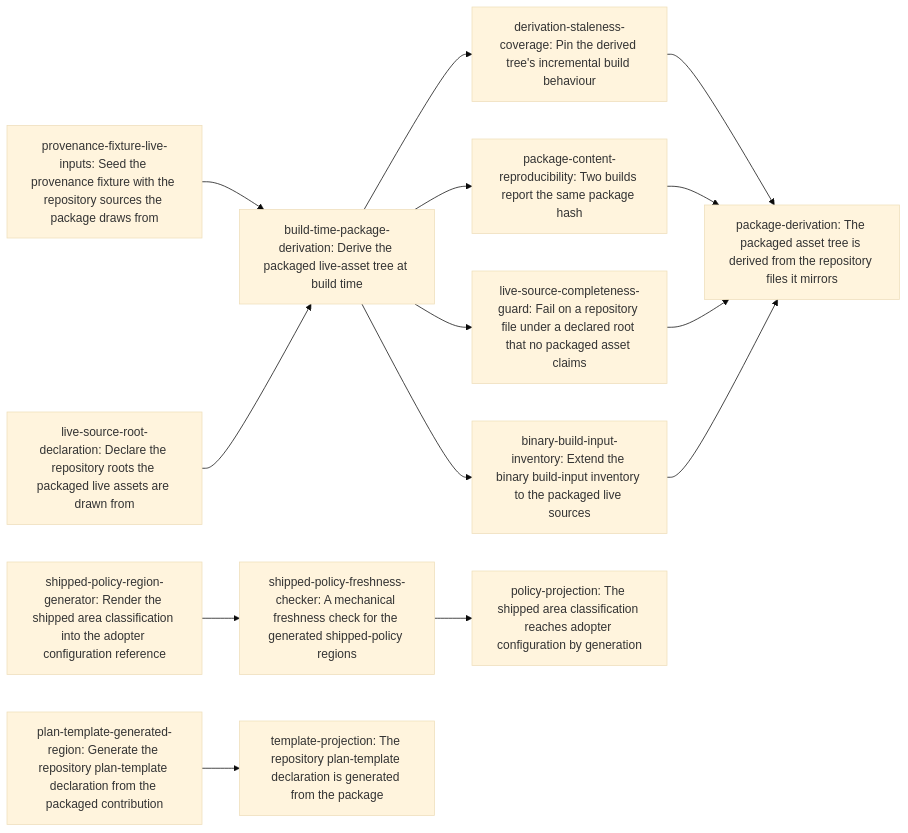
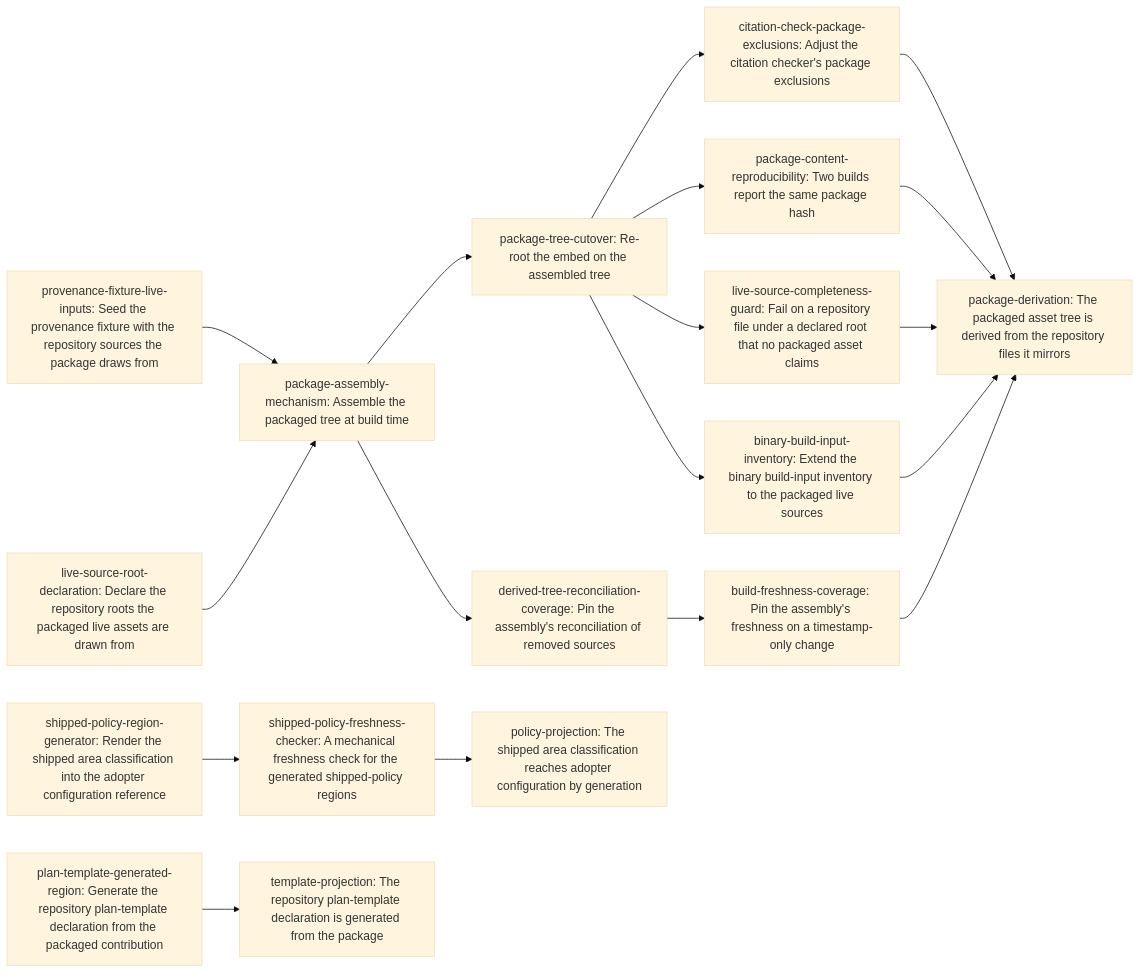
Before and after one commit to erankavija/just-in-time: the diagram in dev/active/e204e63d-derived-package-sources/plan.md, drawn with Mermaid (base theme). The commit also changed other lines of this file and 1 other file, not shown here.

First paragraph of the commit message:
docs: split two oversized leaves per plan-review jit:e204e63d
The plan-review gate rejected two finest-tier entries as not worker-sized.
Both splits are implemented as the gate specified.

````diff
--- a/dev/active/e204e63d-derived-package-sources/plan.md
+++ b/dev/active/e204e63d-derived-package-sources/plan.md
@@ -182,29 +189,36 @@
 ```mermaid
 flowchart LR
     N0["shipped-policy-region-generator: Render the shipped area classification into the adopter configuration reference"]
     N1["shipped-policy-freshness-checker: A mechanical freshness check for the generated shipped-policy regions"]
     N2["plan-template-generated-region: Generate the repository plan-template declaration from the packaged contribution"]
     N3["provenance-fixture-live-inputs: Seed the provenance fixture with the repository sources the package draws from"]
-    N4["build-time-package-derivation: Derive the packaged live-asset tree at build time"]
-    N5["derivation-staleness-coverage: Pin the derived tree's incremental build behaviour"]
-    N6["package-content-reproducibility: Two builds report the same package hash"]
-    N7["live-source-root-declaration: Declare the repository roots the packaged live assets are drawn from"]
-    N8["live-source-completeness-guard: Fail on a repository file under a declared root that no packaged asset claims"]
-    N9["binary-build-input-inventory: Extend the binary build-input inventory to the packaged live sources"]
-    N10["policy-projection: The shipped area classification reaches adopter configuration by generation"]
-    N11["template-projection: The repository plan-template declaration is generated from the package"]
-    N12["package-derivation: The packaged asset tree is derived from the repository files it mirrors"]
+    N4["package-assembly-mechanism: Assemble the packaged tree at build time"]
+    N5["package-tree-cutover: Re-root the embed on the assembled tree"]
+    N6["citation-check-package-exclusions: Adjust the citation checker's package exclusions"]
+    N7["derived-tree-reconciliation-coverage: Pin the assembly's reconciliation of removed sources"]
+    N8["build-freshness-coverage: Pin the assembly's freshness on a timestamp-only change"]
+    N9["package-content-reproducibility: Two builds report the same package hash"]
+    N10["live-source-root-declaration: Declare the repository roots the packaged live assets are drawn from"]
+    N11["live-source-completeness-guard: Fail on a repository file under a declared root that no packaged asset claims"]
+    N12["binary-build-input-inventory: Extend the binary build-input inventory to the packaged live sources"]
+    N13["policy-projection: The shipped area classification reaches adopter configuration by generation"]
+    N14["template-projection: The repository plan-template declaration is generated from the package"]
+    N15["package-derivation: The packaged asset tree is derived from the repository files it mirrors"]
     N0 --> N1
     N3 --> N4
-    N7 --> N4
+    N10 --> N4
     N4 --> N5
-    N4 --> N6
-    N4 --> N8
-    N4 --> N9
-    N1 --> N10
-    N2 --> N11
+    N5 --> N6
+    N4 --> N7
+    N7 --> N8
+    N5 --> N9
+    N5 --> N11
     N5 --> N12
-    N6 --> N12
-    N8 --> N12
-    N9 --> N12
+    N1 --> N13
+    N2 --> N14
+    N6 --> N15
+    N8 --> N15
+    N9 --> N15
+    N11 --> N15
+    N12 --> N15
 ```
````
